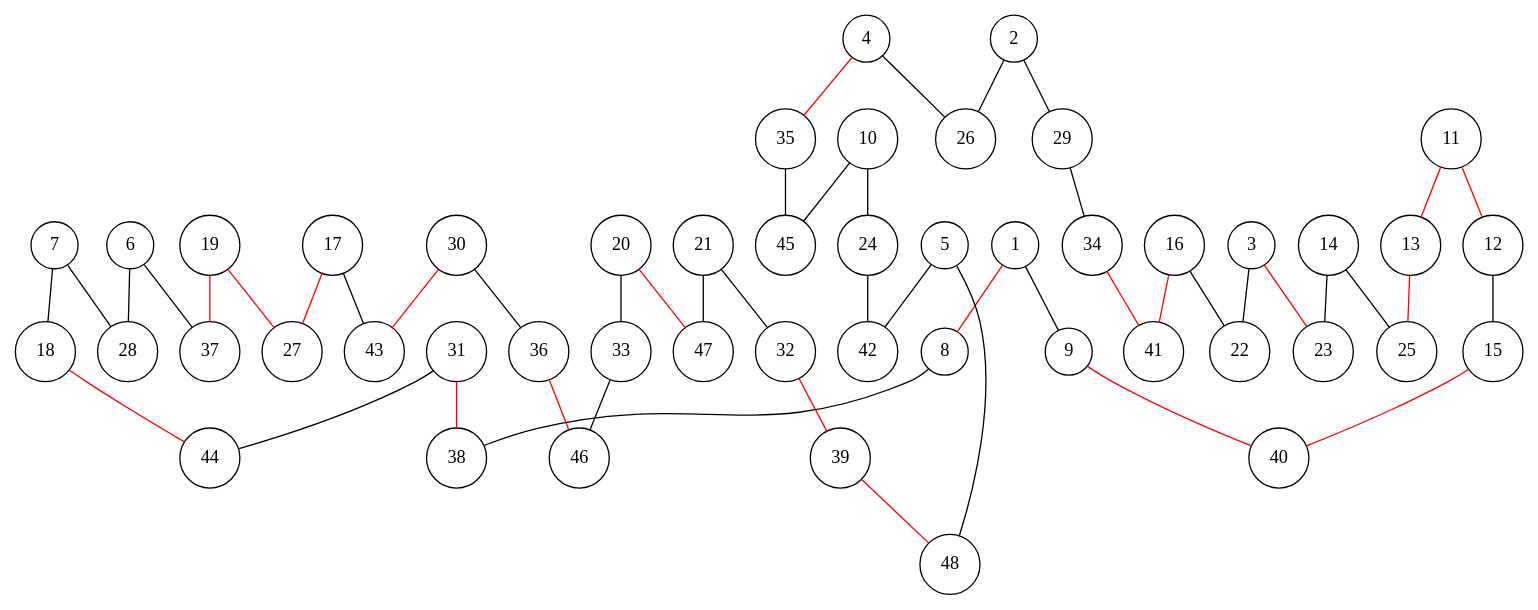
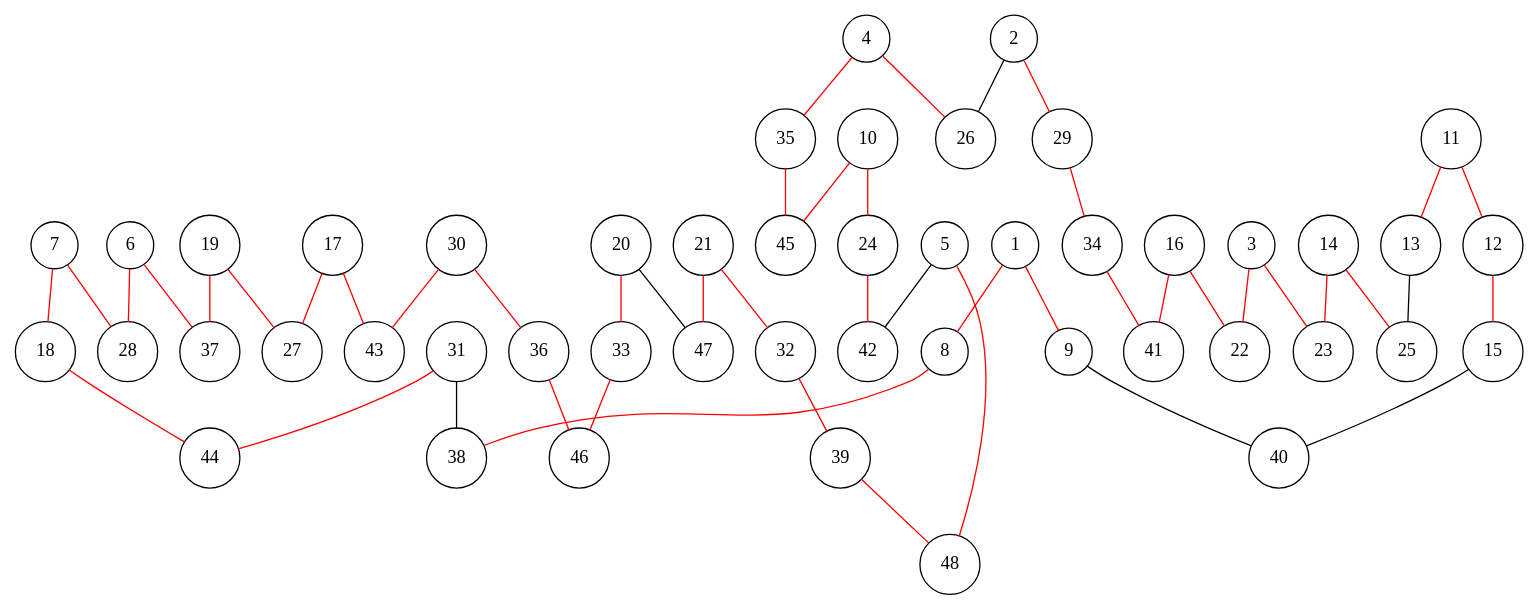
Before and after one commit to lugot/tsp-approximation: the diagram in data_tsplib/att48/att48.6.dot, drawn with Graphviz. The commit also changed 38 other files, not shown here.

```diff
--- a/data_tsplib/att48/att48.6.dot
+++ b/data_tsplib/att48/att48.6.dot
@@ -1,100 +1,100 @@
 graph att48 {
 	node [shape=circle fillcolor=white]
 	1 [ pos = "17.351198,3.743880!"]
 	2 [ pos = "5.753672,0.025767!"]
 	3 [ pos = "14.248905,3.669157!"]
 	4 [ pos = "1.033239,2.166967!"]
 	5 [ pos = "7.941252,4.236022!"]
 	6 [ pos = "19.603195,11.486730!"]
 	7 [ pos = "19.513012,9.574852!"]
 	8 [ pos = "18.719402,3.267199!"]
 	9 [ pos = "17.773770,4.856996!"]
 	10 [ pos = "2.865241,5.279567!"]
 	11 [ pos = "14.089152,6.714764!"]
 	12 [ pos = "15.431590,7.402731!"]
 	13 [ pos = "12.125741,6.889977!"]
 	14 [ pos = "11.883535,5.243494!"]
 	15 [ pos = "16.354032,6.913167!"]
 	16 [ pos = "15.735635,1.723783!"]
 	17 [ pos = "19.610925,13.357382!"]
 	18 [ pos = "19.227003,9.250193!"]
 	19 [ pos = "19.922700,12.169544!"]
 	20 [ pos = "15.202267,9.175470!"]
 	21 [ pos = "11.551147,8.680752!"]
 	22 [ pos = "15.720175,2.860088!"]
 	23 [ pos = "13.396032,5.622262!"]
 	24 [ pos = "4.207678,7.237825!"]
 	25 [ pos = "11.097655,5.982994!"]
 	26 [ pos = "1.739242,2.592115!"]
 	27 [ pos = "19.466632,12.416903!"]
 	28 [ pos = "19.430559,10.257666!"]
 	29 [ pos = "8.186035,1.947952!"]
 	30 [ pos = "18.943571,11.610410!"]
 	31 [ pos = "19.440866,7.217212!"]
 	32 [ pos = "8.361247,8.515846!"]
 	33 [ pos = "16.557588,8.175728!"]
 	34 [ pos = "11.873229,3.086833!"]
 	35 [ pos = "0.059263,5.709869!"]
 	36 [ pos = "18.675599,9.737181!"]
 	37 [ pos = "20.000000,11.839732!"]
 	38 [ pos = "19.046637,5.782015!"]
 	39 [ pos = "8.977068,7.289358!"]
 	40 [ pos = "16.158207,5.501159!"]
 	41 [ pos = "12.844628,0.360732!"]
 	42 [ pos = "4.936872,4.042772!"]
 	43 [ pos = "18.758052,12.623035!"]
 	44 [ pos = "19.348106,8.345787!"]
 	45 [ pos = "0.025767,6.895130!"]
 	46 [ pos = "17.539294,7.711930!"]
 	47 [ pos = "13.359959,8.394744!"]
 	48 [ pos = "7.789230,5.003865!"]
 
 	1 -- 8 [color = red]
-	1 -- 9 [color = black]
+	1 -- 9 [color = red]
 	2 -- 26 [color = black]
-	2 -- 29 [color = black]
-	3 -- 22 [color = black]
+	2 -- 29 [color = red]
+	3 -- 22 [color = red]
 	3 -- 23 [color = red]
-	4 -- 26 [color = black]
+	4 -- 26 [color = red]
 	4 -- 35 [color = red]
 	5 -- 42 [color = black]
-	5 -- 48 [color = black]
-	6 -- 28 [color = black]
-	6 -- 37 [color = black]
-	7 -- 18 [color = black]
-	7 -- 28 [color = black]
-	8 -- 38 [color = black]
-	9 -- 40 [color = red]
-	10 -- 24 [color = black]
-	10 -- 45 [color = black]
+	5 -- 48 [color = red]
+	6 -- 28 [color = red]
+	6 -- 37 [color = red]
+	7 -- 18 [color = red]
+	7 -- 28 [color = red]
+	8 -- 38 [color = red]
+	9 -- 40 [color = black]
+	10 -- 24 [color = red]
+	10 -- 45 [color = red]
 	11 -- 12 [color = red]
 	11 -- 13 [color = red]
-	12 -- 15 [color = black]
-	13 -- 25 [color = red]
-	14 -- 23 [color = black]
-	14 -- 25 [color = black]
-	15 -- 40 [color = red]
-	16 -- 22 [color = black]
+	12 -- 15 [color = red]
+	13 -- 25 [color = black]
+	14 -- 23 [color = red]
+	14 -- 25 [color = red]
+	15 -- 40 [color = black]
+	16 -- 22 [color = red]
 	16 -- 41 [color = red]
 	17 -- 27 [color = red]
-	17 -- 43 [color = black]
+	17 -- 43 [color = red]
 	18 -- 44 [color = red]
 	19 -- 27 [color = red]
 	19 -- 37 [color = red]
-	20 -- 33 [color = black]
-	20 -- 47 [color = red]
-	21 -- 32 [color = black]
-	21 -- 47 [color = black]
-	24 -- 42 [color = black]
-	29 -- 34 [color = black]
-	30 -- 36 [color = black]
+	20 -- 33 [color = red]
+	20 -- 47 [color = black]
+	21 -- 32 [color = red]
+	21 -- 47 [color = red]
+	24 -- 42 [color = red]
+	29 -- 34 [color = red]
+	30 -- 36 [color = red]
 	30 -- 43 [color = red]
-	31 -- 38 [color = red]
-	31 -- 44 [color = black]
+	31 -- 38 [color = black]
+	31 -- 44 [color = red]
 	32 -- 39 [color = red]
-	33 -- 46 [color = black]
+	33 -- 46 [color = red]
 	34 -- 41 [color = red]
-	35 -- 45 [color = black]
+	35 -- 45 [color = red]
 	36 -- 46 [color = red]
 	39 -- 48 [color = red]
 }
```
